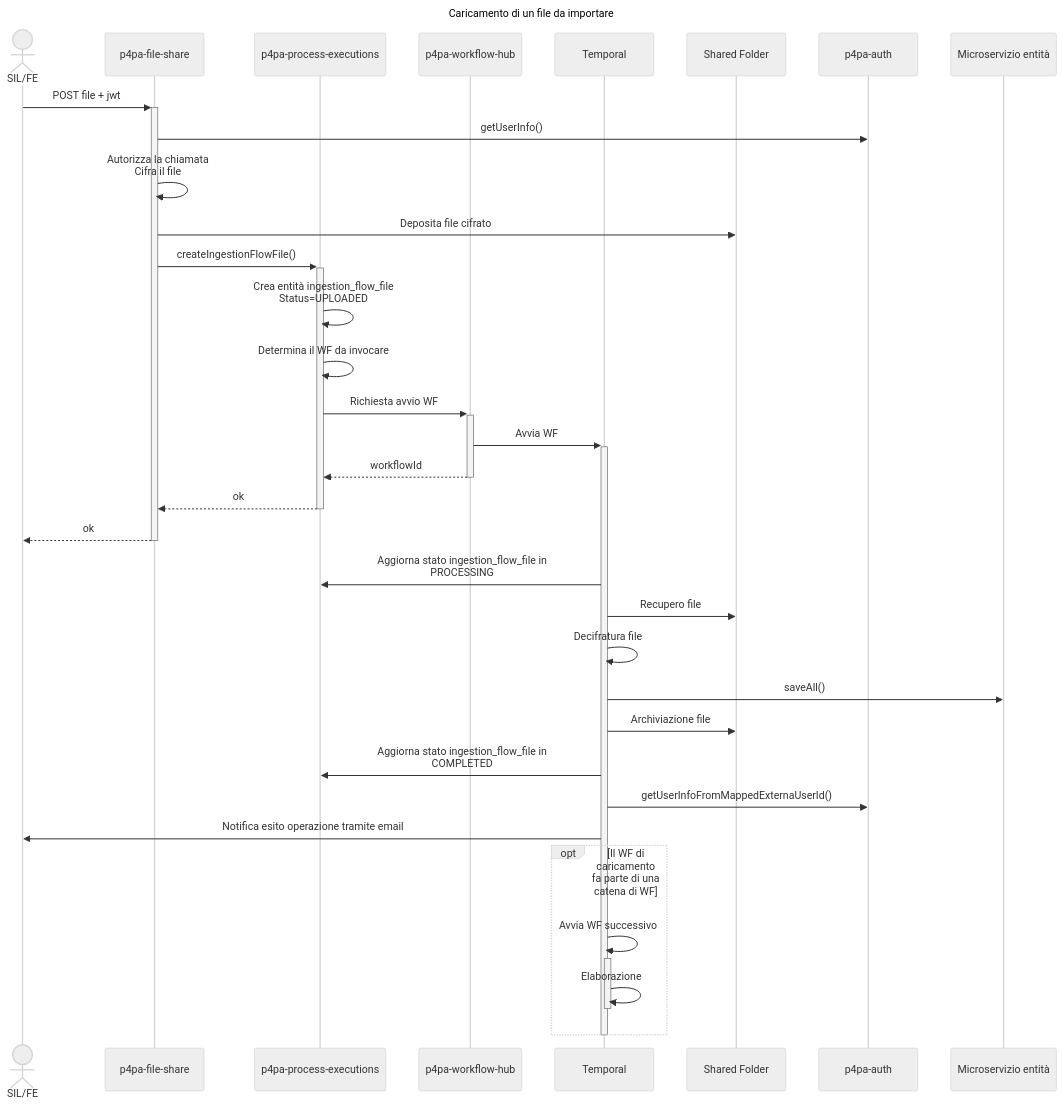
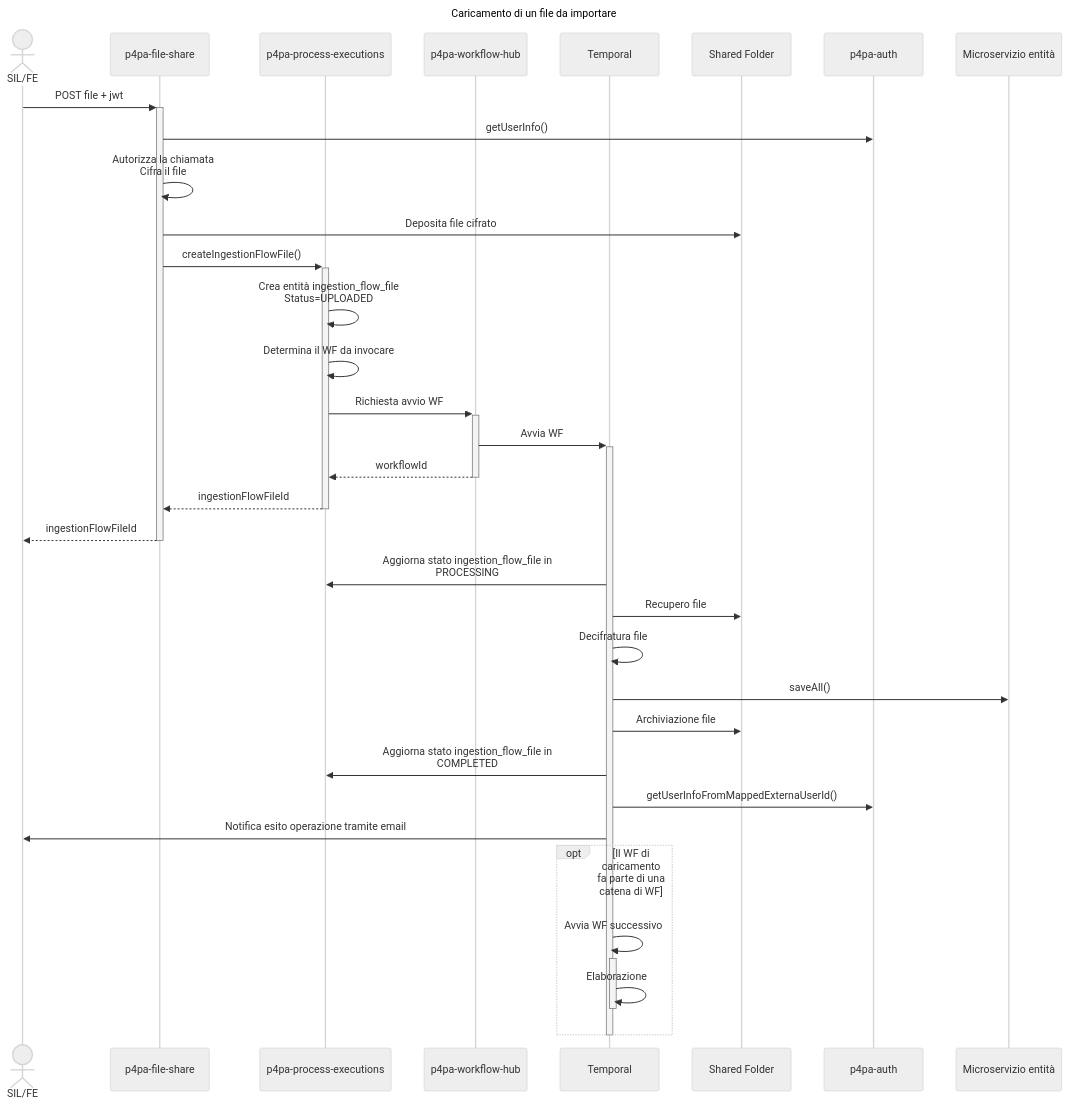
The diagram in design/filesHandling/01.upload_seq.mmd (pagopa/p4pa-doc), drawn with Mermaid (neutral theme) before and after one commit. The commit also changed 13 other files, not shown here.

```diff
--- a/design/filesHandling/01.upload_seq.mmd
+++ b/design/filesHandling/01.upload_seq.mmd
@@ -1,40 +1,40 @@
 ---
 title: Caricamento di un file da importare
 ---
 sequenceDiagram
     actor CLIENT as SIL/FE
     participant MS_FILESHARE as p4pa-file-share
     participant MS_PROCESS_EXECUTIONS as p4pa-process-executions
     participant MS_WF as p4pa-workflow-hub
     participant WF as Temporal
     participant SHARED as Shared Folder
     participant MS_AUTH as p4pa-auth
     participant MS_ENTITY as Microservizio entità
 
     CLIENT ->>+ MS_FILESHARE: POST file + jwt
         MS_FILESHARE ->> MS_AUTH: getUserInfo()
         MS_FILESHARE ->> MS_FILESHARE: Autorizza la chiamata<BR />Cifra il file
         MS_FILESHARE ->> SHARED: Deposita file cifrato
         MS_FILESHARE ->>+ MS_PROCESS_EXECUTIONS: createIngestionFlowFile()
             MS_PROCESS_EXECUTIONS ->> MS_PROCESS_EXECUTIONS: Crea entità ingestion_flow_file<BR />Status=UPLOADED
             MS_PROCESS_EXECUTIONS ->> MS_PROCESS_EXECUTIONS: Determina il WF da invocare
             MS_PROCESS_EXECUTIONS ->>+ MS_WF: Richiesta avvio WF
                 MS_WF ->>+ WF: Avvia WF
                 MS_WF -->>- MS_PROCESS_EXECUTIONS: workflowId
-            MS_PROCESS_EXECUTIONS -->>- MS_FILESHARE: ok
-        MS_FILESHARE -->>- CLIENT: ok
+            MS_PROCESS_EXECUTIONS -->>- MS_FILESHARE: ingestionFlowFileId
+        MS_FILESHARE -->>- CLIENT: ingestionFlowFileId
 
     WF ->> MS_PROCESS_EXECUTIONS: Aggiorna stato ingestion_flow_file in<BR />PROCESSING
     WF ->> SHARED: Recupero file
     WF ->> WF: Decifratura file
     WF ->> MS_ENTITY: saveAll()
     WF ->> SHARED: Archiviazione file
     WF ->> MS_PROCESS_EXECUTIONS: Aggiorna stato ingestion_flow_file in<BR />COMPLETED
     WF ->> MS_AUTH: getUserInfoFromMappedExternaUserId()
     WF ->> CLIENT: Notifica esito operazione tramite email
     opt Il WF di caricamento fa parte di una catena di WF
         WF ->>+ WF: Avvia WF successivo
         WF ->> WF: Elaborazione
         deactivate WF
     end
     deactivate WF
```
